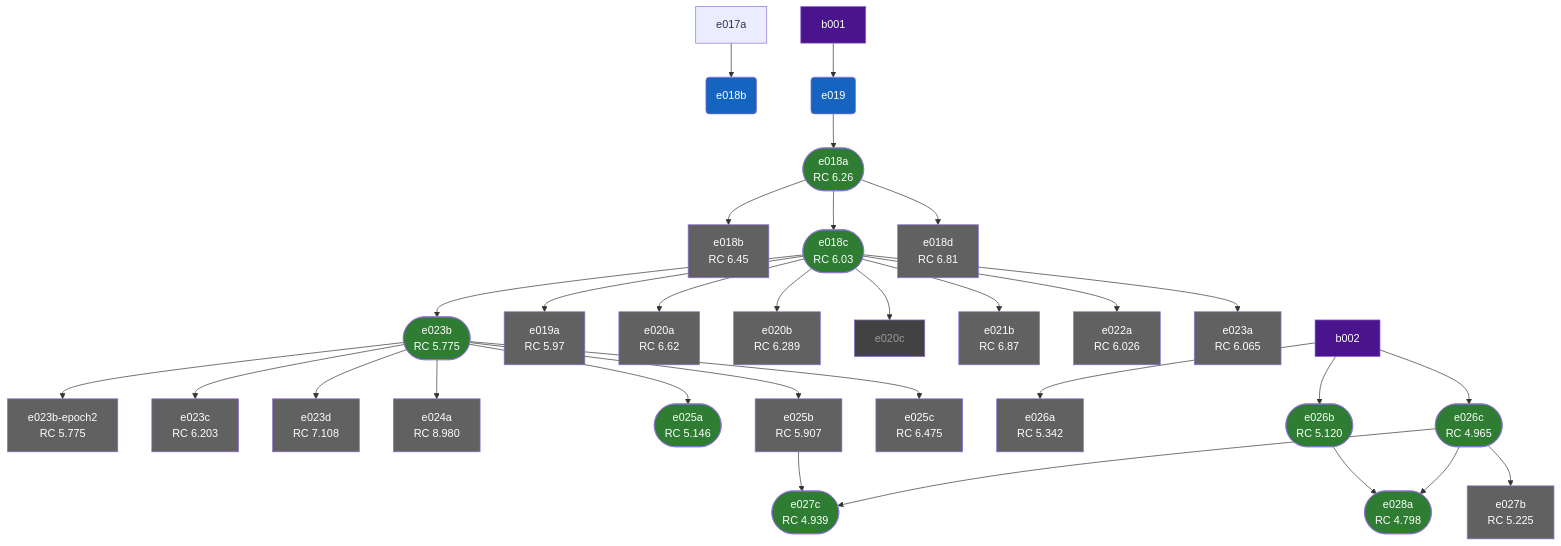
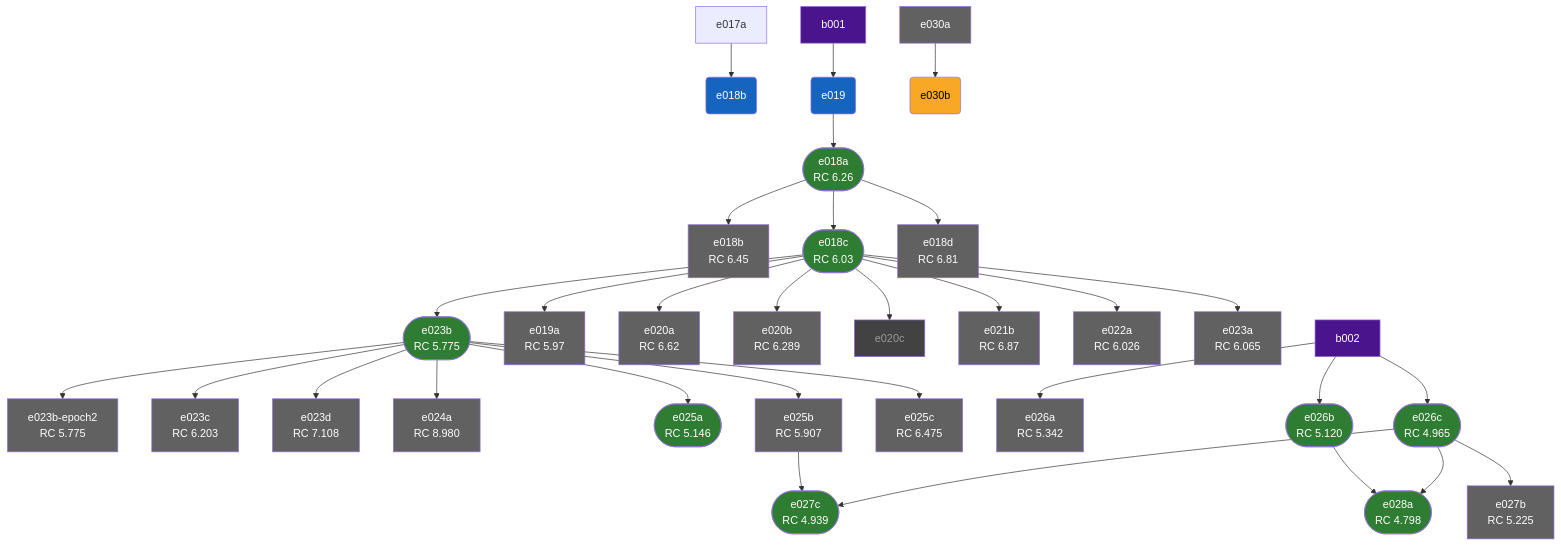
The diagram in docs/experiments/index.md (ScavieFae/autonomous-world-model), drawn with Mermaid before and after one commit. The commit also changed other lines of this file and 7 other files, not shown here.

````diff
--- a/docs/experiments/index.md
+++ b/docs/experiments/index.md
@@ -39,6 +39,8 @@
     e027b_e023b_regime_switch["e027b\nRC 5.225"]
     e027c_lossreweight_warmstart(["e027c\nRC 4.939"])
     e028a_full_stack(["e028a\nRC 4.798"])
+    e030a_jepa_baseline["e030a"]
+    e030b_jepa_rescale("e030b")
     e019_baseline --> e018a_self_forcing
     e017a --> e018b_rollout_coherence_eval
     e018a_self_forcing --> e018b_self_forcing_n5
@@ -68,6 +70,7 @@
     e026c_sf_curriculum --> e027c_lossreweight_warmstart
     e026b_unimix --> e028a_full_stack
     e026c_sf_curriculum --> e028a_full_stack
+    e030a_jepa_baseline --> e030b_jepa_rescale
     style e018a_self_forcing fill:#2e7d32,color:#fff
     style e018b_rollout_coherence_eval fill:#1565c0,color:#fff
     style e018b_self_forcing_n5 fill:#616161,color:#fff
@@ -95,6 +98,8 @@
     style e027b_e023b_regime_switch fill:#616161,color:#fff
     style e027c_lossreweight_warmstart fill:#2e7d32,color:#fff
     style e028a_full_stack fill:#2e7d32,color:#fff
+    style e030a_jepa_baseline fill:#616161,color:#fff
+    style e030b_jepa_rescale fill:#f9a825,color:#000
     style b001 fill:#4a148c,color:#fff
     style b002 fill:#4a148c,color:#fff
 ```
````
